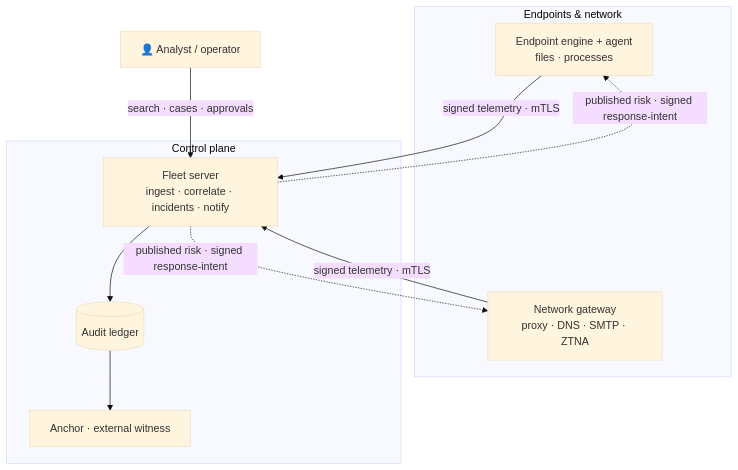
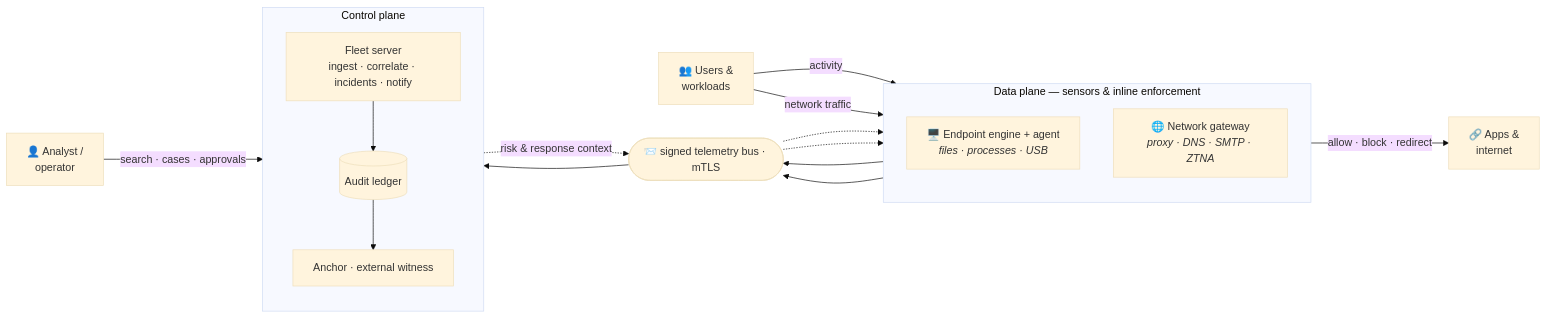
The second of 2 diagrams in README.md (lucianoengel/openshield), drawn with Mermaid (base theme) before and after one commit. The commit also changed other lines of this file, not shown here.

Commit message:
docs(readme): fix deployment-topology diagram
The gateway was drawn isolated and endpoints wired straight into the
control plane. Correct both: the network gateway is INLINE in the traffic
path (users -> gateway -> apps/internet, allow/block/redirect), and
telemetry reaches the control plane over the signed message bus, not a
direct link. Risk & response context flows back to the data plane over
the same bus. Users' local activity is observed on the endpoint; their
network traffic transits the gateway.

Claude-Session: https://claude.ai/code/session_01Gje3Gh3QBxvn862Z6gHi7Q

````diff
--- a/README.md
+++ b/README.md
@@ -118,19 +119,34 @@
 ```mermaid
-flowchart TB
-  subgraph FIELD["Endpoints &amp; network"]
-    ENG["Endpoint engine + agent<br/>files · processes"]
-    GW["Network gateway<br/>proxy · DNS · SMTP · ZTNA"]
+flowchart LR
+  USR["👥 Users &amp;<br/>workloads"]
+  APPS["🔗 Apps &amp;<br/>internet"]
+
+  subgraph DP["Data plane — sensors &amp; inline enforcement"]
+    direction TB
+    ENG["🖥️ Endpoint engine + agent<br/><i>files · processes · USB</i>"]
+    GW["🌐 Network gateway<br/><i>proxy · DNS · SMTP · ZTNA</i>"]
   end
-  subgraph CTRL["Control plane"]
+
+  BUS(["📨 signed telemetry bus · mTLS"])
+
+  subgraph CP["Control plane"]
+    direction TB
     SRV["Fleet server<br/>ingest · correlate · incidents · notify"]
     LEDGER[("Audit ledger")]
     ANC["Anchor · external witness"]
   end
-  OP["👤 Analyst / operator"]
-  ENG -->|"signed telemetry · mTLS"| SRV
-  GW -->|"signed telemetry · mTLS"| SRV
+
+  OP["👤 Analyst /<br/>operator"]
+
+  USR -->|"activity"| ENG
+  USR -->|"network traffic"| GW
+  GW -->|"allow · block · redirect"| APPS
+  ENG --> BUS
+  GW --> BUS
+  BUS --> SRV
   SRV --> LEDGER --> ANC
-  SRV -.->|"published risk · signed response-intent"| ENG
-  SRV -.->|"published risk · signed response-intent"| GW
+  SRV -.->|"risk &amp; response context"| BUS
+  BUS -.-> ENG
+  BUS -.-> GW
   OP -->|"search · cases · approvals"| SRV
 ```
````
